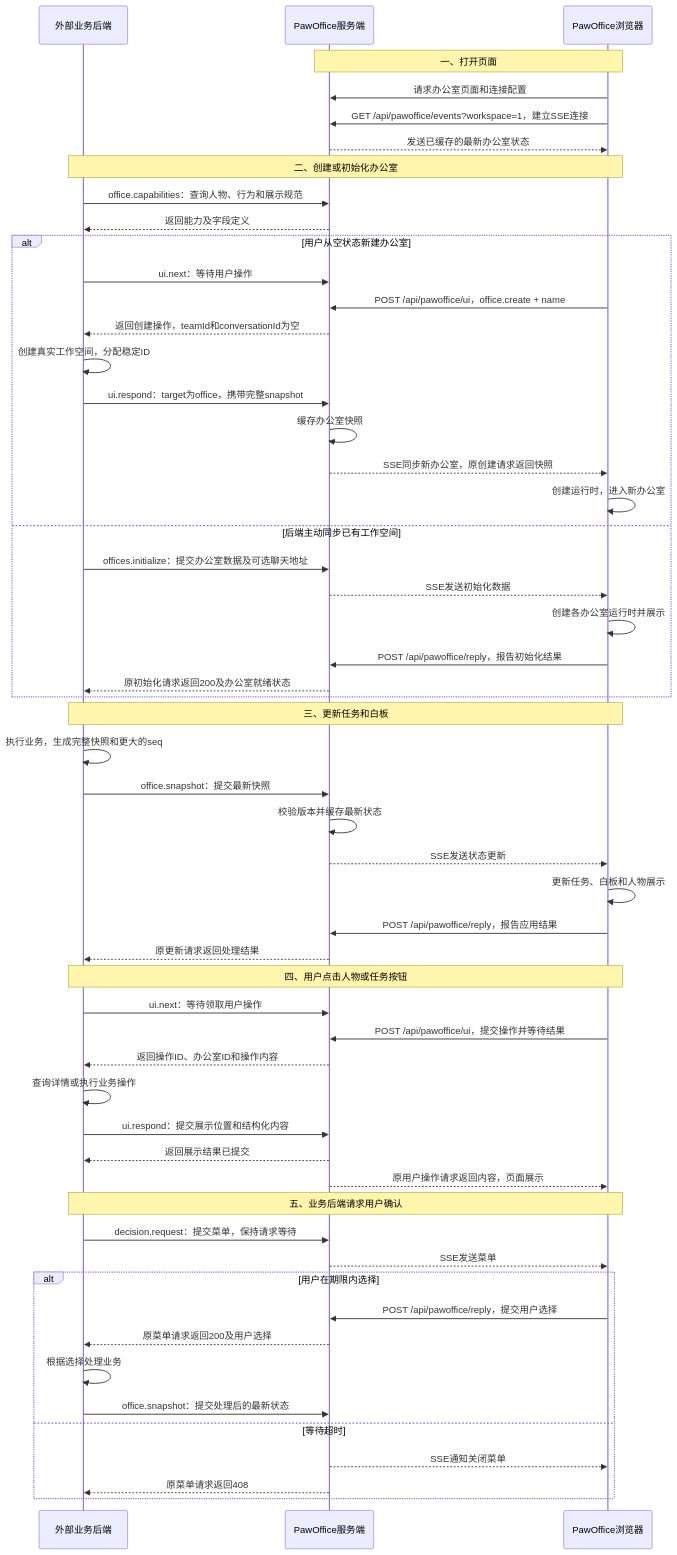
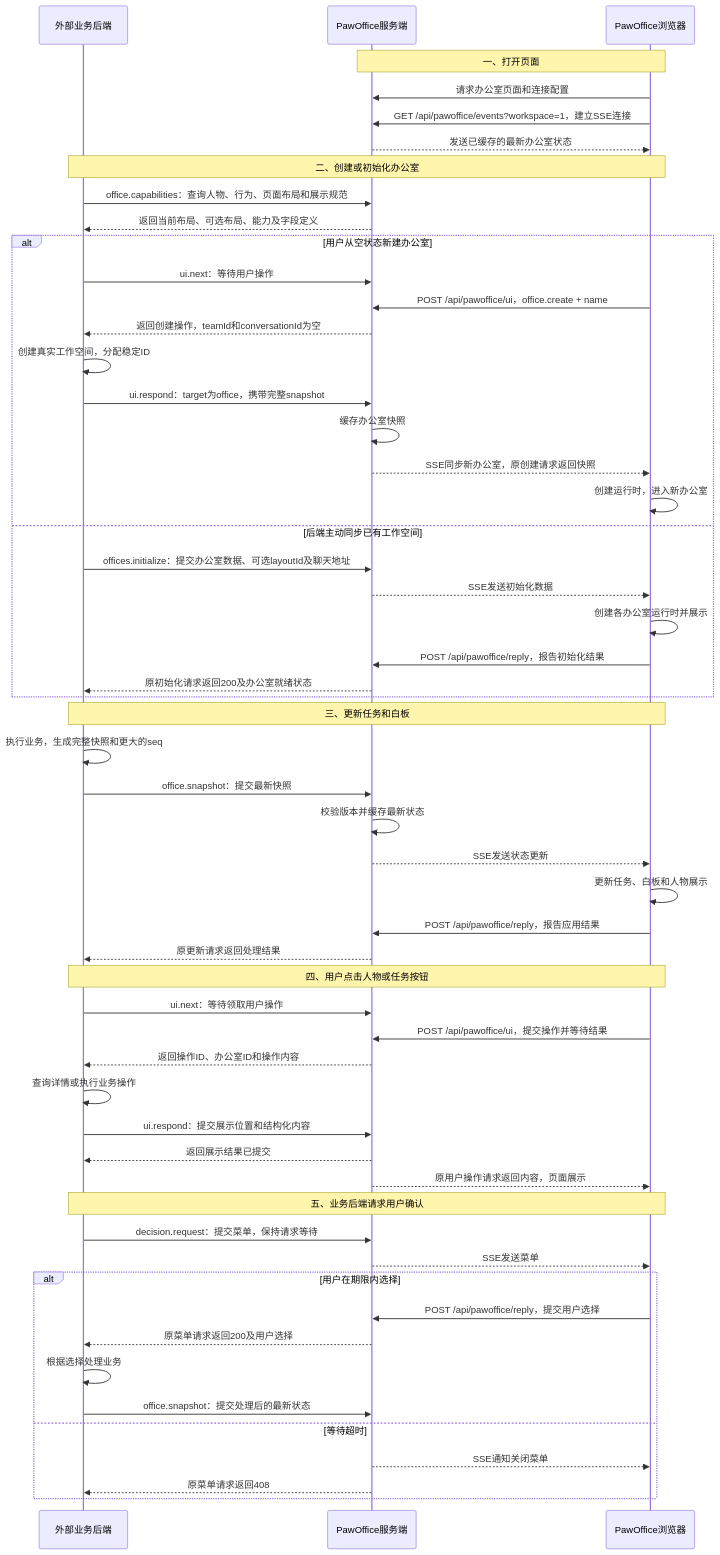
Before and after one commit to KunlunMeta-Limited/pawoffice: the first of 4 diagrams in integration/docs/office-integration.md, drawn with Mermaid. The commit also changed other lines of this file and 86 other files, not shown here.

````diff
--- a/integration/docs/office-integration.md
+++ b/integration/docs/office-integration.md
@@ -27,62 +27,62 @@
 ```mermaid
 sequenceDiagram
     participant E as 外部业务后端
     participant S as PawOffice服务端
     participant B as PawOffice浏览器
 
     Note over S,B: 一、打开页面
     B->>S: 请求办公室页面和连接配置
     B->>S: GET /api/pawoffice/events?workspace=1，建立SSE连接
     S-->>B: 发送已缓存的最新办公室状态
 
     Note over E,B: 二、创建或初始化办公室
-    E->>S: office.capabilities：查询人物、行为和展示规范
-    S-->>E: 返回能力及字段定义
+    E->>S: office.capabilities：查询人物、行为、页面布局和展示规范
+    S-->>E: 返回当前布局、可选布局、能力及字段定义
     alt 用户从空状态新建办公室
         E->>S: ui.next：等待用户操作
         B->>S: POST /api/pawoffice/ui，office.create + name
         S-->>E: 返回创建操作，teamId和conversationId为空
         E->>E: 创建真实工作空间，分配稳定ID
         E->>S: ui.respond：target为office，携带完整snapshot
         S->>S: 缓存办公室快照
         S-->>B: SSE同步新办公室，原创建请求返回快照
         B->>B: 创建运行时，进入新办公室
     else 后端主动同步已有工作空间
-        E->>S: offices.initialize：提交办公室数据及可选聊天地址
+        E->>S: offices.initialize：提交办公室数据、可选layoutId及聊天地址
         S-->>B: SSE发送初始化数据
         B->>B: 创建各办公室运行时并展示
         B->>S: POST /api/pawoffice/reply，报告初始化结果
         S-->>E: 原初始化请求返回200及办公室就绪状态
     end
 
     Note over E,B: 三、更新任务和白板
     E->>E: 执行业务，生成完整快照和更大的seq
     E->>S: office.snapshot：提交最新快照
     S->>S: 校验版本并缓存最新状态
     S-->>B: SSE发送状态更新
     B->>B: 更新任务、白板和人物展示
     B->>S: POST /api/pawoffice/reply，报告应用结果
     S-->>E: 原更新请求返回处理结果
 
     Note over E,B: 四、用户点击人物或任务按钮
     E->>S: ui.next：等待领取用户操作
     B->>S: POST /api/pawoffice/ui，提交操作并等待结果
     S-->>E: 返回操作ID、办公室ID和操作内容
     E->>E: 查询详情或执行业务操作
     E->>S: ui.respond：提交展示位置和结构化内容
     S-->>E: 返回展示结果已提交
     S-->>B: 原用户操作请求返回内容，页面展示
 
     Note over E,B: 五、业务后端请求用户确认
     E->>S: decision.request：提交菜单，保持请求等待
     S-->>B: SSE发送菜单
     alt 用户在期限内选择
         B->>S: POST /api/pawoffice/reply，提交用户选择
         S-->>E: 原菜单请求返回200及用户选择
         E->>E: 根据选择处理业务
         E->>S: office.snapshot：提交处理后的最新状态
     else 等待超时
         S-->>B: SSE通知关闭菜单
         S-->>E: 原菜单请求返回408
     end
 ```
````
